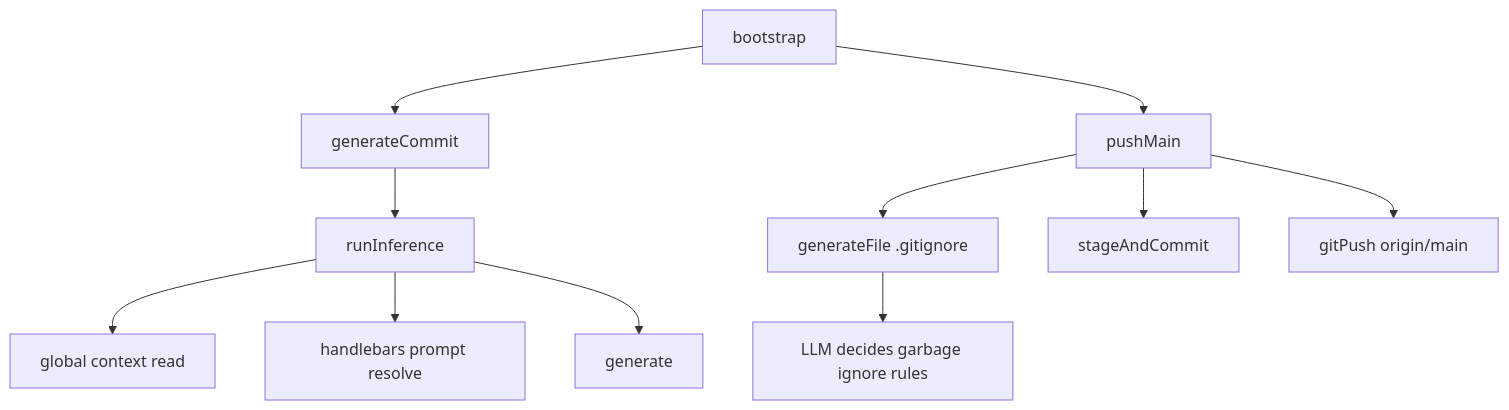
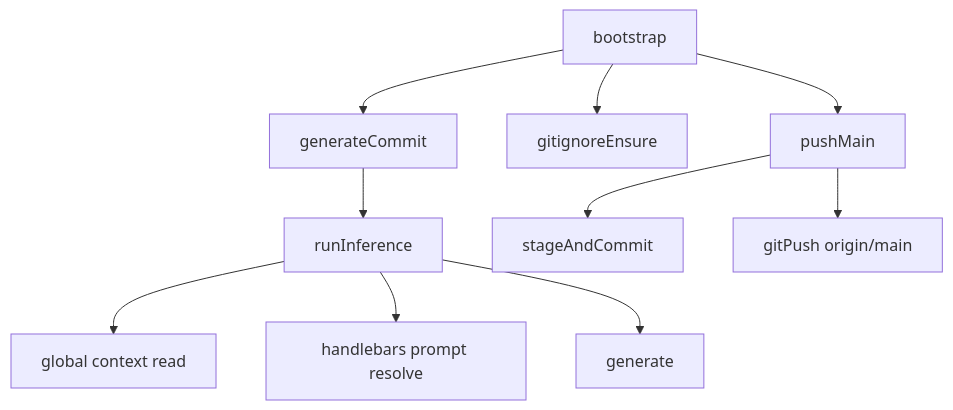
The diagram in doc/workflow-steps-expansion.md (ex3ndr/holdmybeer), drawn with Mermaid before and after one commit. The commit also changed 3 other files, not shown here.

Commit message:
fix(bootstrap): create gitignore only before first push

````diff
--- a/doc/workflow-steps-expansion.md
+++ b/doc/workflow-steps-expansion.md
@@ -7,13 +7,12 @@
 ```mermaid
 flowchart TD
   A[bootstrap] --> B[generateCommit]
   B --> C[runInference]
   C --> D[global context read]
   C --> E[handlebars prompt resolve]
   C --> F[generate]
-  A --> G[pushMain]
-  G --> H[generateFile .gitignore]
-  H --> I[LLM decides garbage ignore rules]
-  G --> J[stageAndCommit]
-  G --> K[gitPush origin/main]
+  A --> G[gitignoreEnsure]
+  A --> H[pushMain]
+  H --> I[stageAndCommit]
+  H --> J[gitPush origin/main]
 ```
````
